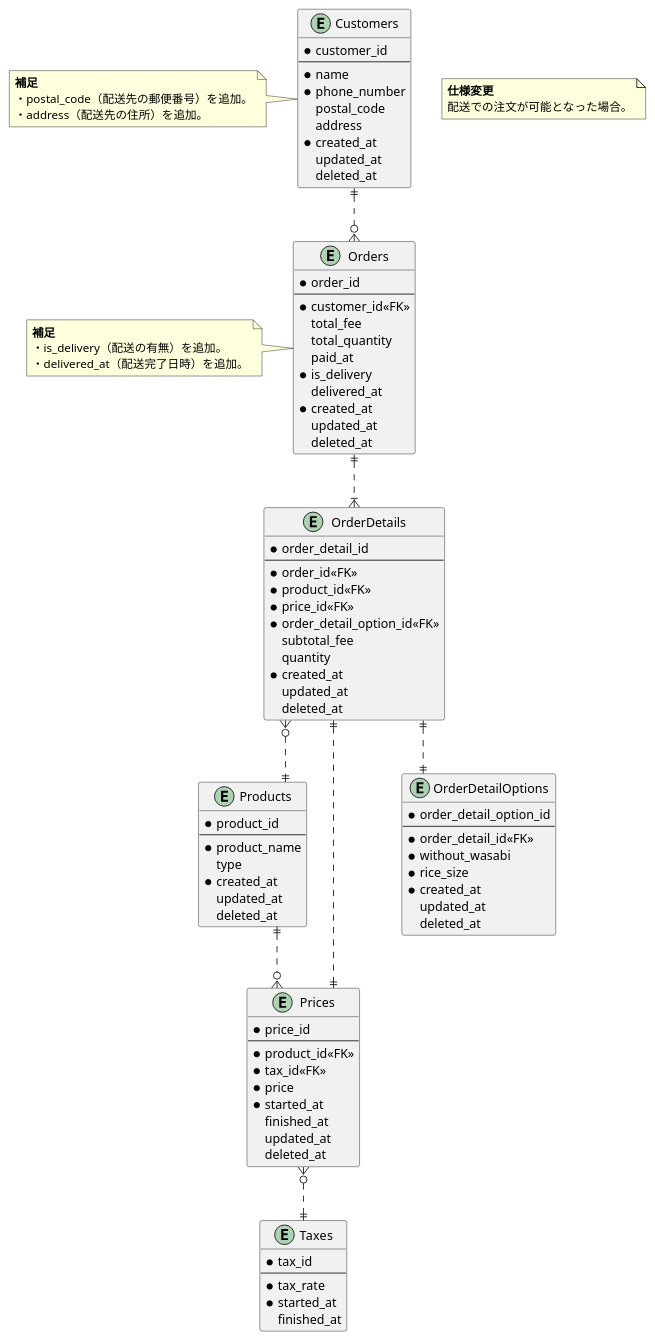
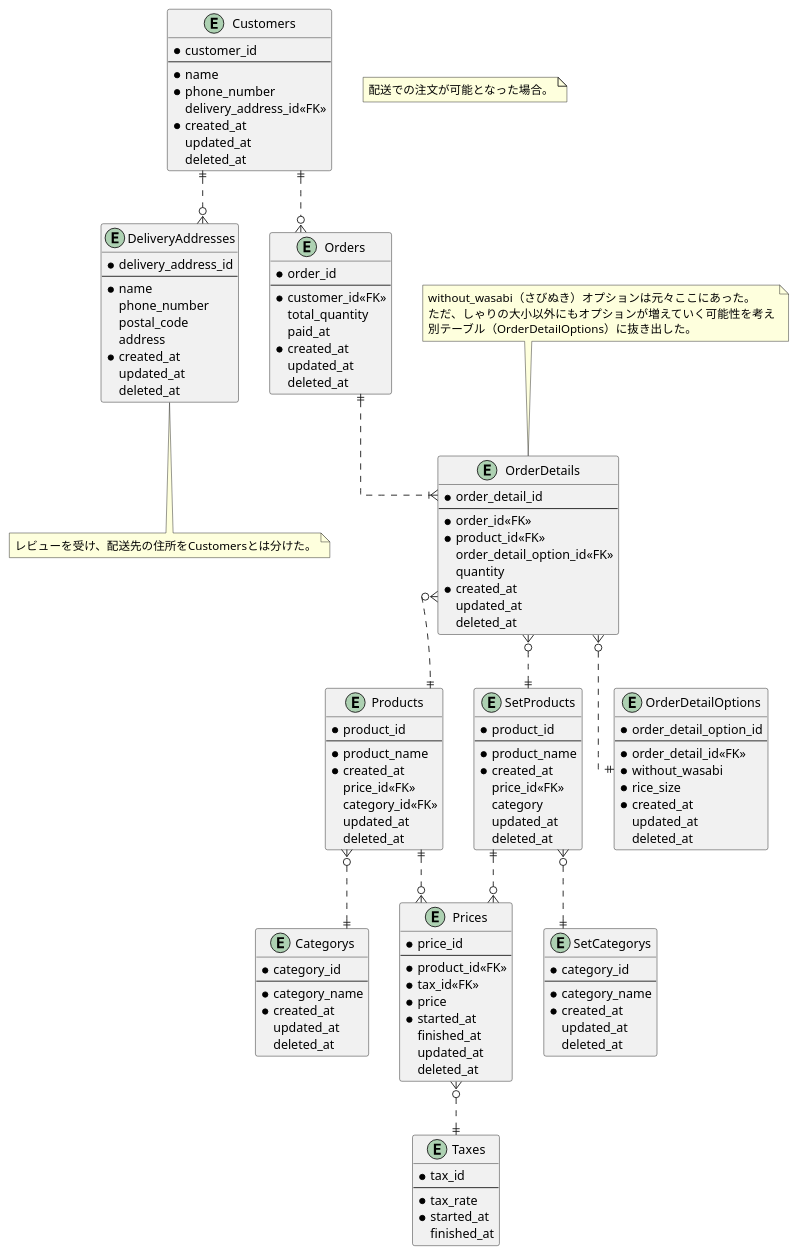
Before and after one commit to moritanuki/praha_challenge: the diagram in 01_データベース設計/01_DBモデリング1/03_課題3/sushi_ordering_schema_03.puml, drawn with PlantUML. The commit also changed 5 other files, not shown here.

```diff
--- a/01_データベース設計/01_DBモデリング1/03_課題3/sushi_ordering_schema_03.puml
+++ b/01_データベース設計/01_DBモデリング1/03_課題3/sushi_ordering_schema_03.puml
@@ -1,119 +1,160 @@
 @startuml sushi_ordering_schema_03
 
 skinparam {
   ' カーディナリティ斜め対策
    linetype ortho
 }
 
 ' 顧客マスタ
 entity "Customers" as Customers {
   * customer_id
   --
   * name
   * phone_number
+    delivery_address_id<<FK>>
+  * created_at
+    updated_at
+    deleted_at
+}
+
+' 顧客マスタ
+entity "DeliveryAddresses" as DeliveryAddresses {
+  * delivery_address_id
+  --
+  * name
+    phone_number
     postal_code
     address
   * created_at
     updated_at
     deleted_at
 }
 
-note left of Customers
-  <b>補足</b>
-  ・postal_code（配送先の郵便番号）を追加。
-  ・address（配送先の住所）を追加。
+note bottom of DeliveryAddresses
+  レビューを受け、配送先の住所をCustomersとは分けた。
 end note
 
-' 商品マスタ
+' 単品商品マスタ
 entity "Products" as Products {
   * product_id
   --
   * product_name
-    type
+  * created_at
+    price_id<<FK>>
+    category_id<<FK>>
+    updated_at
+    deleted_at
+}
+
+' 商品カテゴリマスタ
+entity "Categorys" as Categorys {
+  * category_id
+  --
+  * category_name
+  * created_at
+    updated_at
+    deleted_at
+}
+
+' セット商品マスタ
+entity "SetProducts" as SetProducts {
+  * product_id
+  --
+  * product_name
+  * created_at
+    price_id<<FK>>
+    category
+    updated_at
+    deleted_at
+}
+
+' セット商品カテゴリマスタ
+entity "SetCategorys" as SetCategorys {
+  * category_id
+  --
+  * category_name
   * created_at
     updated_at
     deleted_at
 }
 
 ' 商品金額テーブル
 entity "Prices" as Prices {
   * price_id
   --
   * product_id<<FK>>
   * tax_id<<FK>>
   * price
   * started_at
     finished_at
     updated_at
     deleted_at
 }
 
 ' 消費税マスタ
 entity "Taxes" as Taxes {
   * tax_id
   --
   * tax_rate
   * started_at
     finished_at
 }
 
 ' 注文テーブル
 entity "Orders" as Orders {
   * order_id
   --
   * customer_id<<FK>>
-    total_fee
     total_quantity
     paid_at
-  * is_delivery
-    delivered_at
   * created_at
     updated_at
     deleted_at
 }
-
-note left of Orders
-  <b>補足</b>
-  ・is_delivery（配送の有無）を追加。
-  ・delivered_at（配送完了日時）を追加。
-end note
 
 entity "OrderDetails" as OrderDetails {
   * order_detail_id
   --
   * order_id<<FK>>
   * product_id<<FK>>
-  * price_id<<FK>>
-  * order_detail_option_id<<FK>>
-    subtotal_fee
+    order_detail_option_id<<FK>>
     quantity
   * created_at
     updated_at
     deleted_at
 }
+
+note top of OrderDetails
+  without_wasabi（さびぬき）オプションは元々ここにあった。
+  ただ、しゃりの大小以外にもオプションが増えていく可能性を考え
+  別テーブル（OrderDetailOptions）に抜き出した。
+end note
 
 entity "OrderDetailOptions" as OrderDetailOptions {
   * order_detail_option_id
   --
   * order_detail_id<<FK>>
   * without_wasabi
   * rice_size
   * created_at
     updated_at
     deleted_at
 }
 
+Customers ||..o{ DeliveryAddresses
 Customers ||..o{ Orders
 Orders ||..|{ OrderDetails
-OrderDetails ||..|| OrderDetailOptions
+OrderDetails }o..|| OrderDetailOptions
 OrderDetails }o..|| Products
-OrderDetails ||..|| Prices
+OrderDetails }o..|| SetProducts
 Products ||..o{ Prices
+SetProducts ||..o{ Prices
+Products }o..|| Categorys
+SetProducts }o..|| SetCategorys
 Prices }o..|| Taxes
 
 note as note1
-  <b>仕様変更</b>
   配送での注文が可能となった場合。
 end note
 
 @enduml
```
